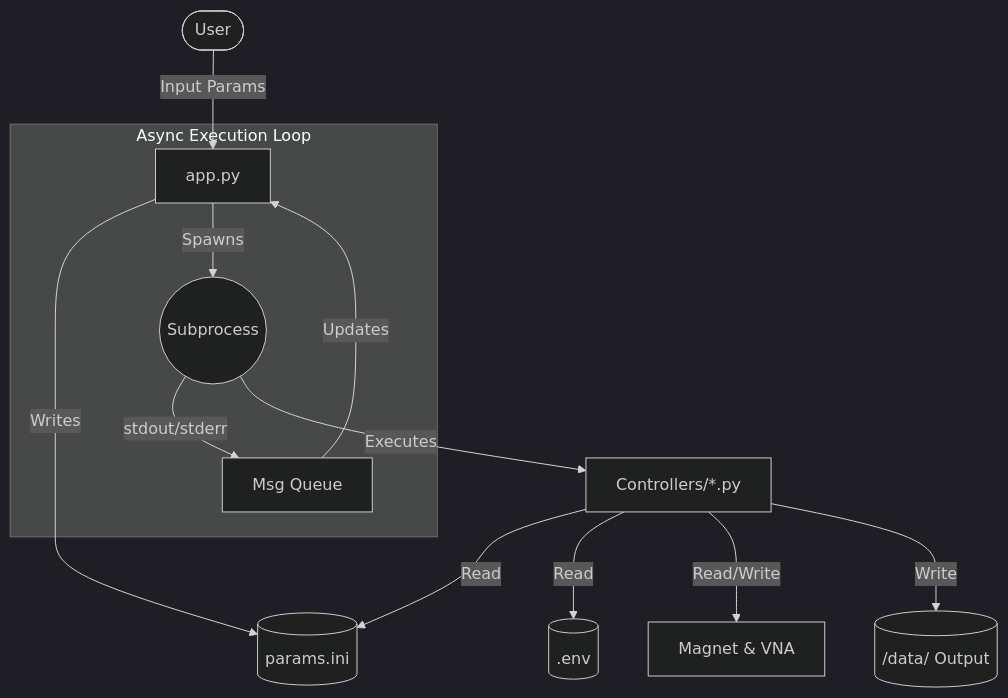
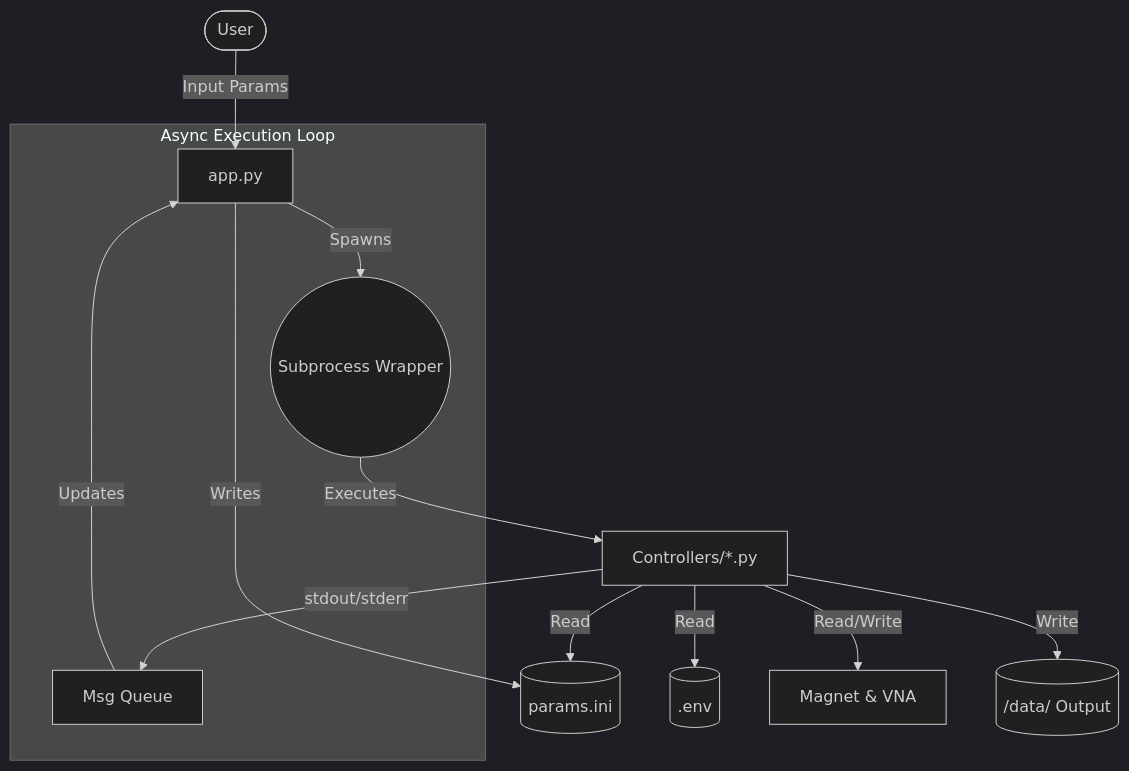
One commit to FazinHan/sweep-interface changed the diagram in controllers/README.md. Above: the diagram before and after it, drawn with Mermaid (dark theme).

Commit message:
flowchart update: stdout from controllers instead of subprocess

````diff
--- a/controllers/README.md
+++ b/controllers/README.md
@@ -19,19 +19,19 @@
 ```mermaid
 graph TD
     User([User]) -->|Input Params| GUI[app.py]
     GUI -->|Writes| Config[(params.ini)]
     
     subgraph "Async Execution Loop"
-        GUI -- Spawns --> Subprocess((Subprocess))
-        Subprocess -- stdout/stderr --> Queue[Msg Queue]
-        Queue -- Updates --> GUI
+        GUI -- Spawns --> Subprocess((Subprocess Wrapper))
+        Queue[Msg Queue] -- Updates --> GUI
     end
 
     Subprocess -->|Executes| Scripts[Controllers/*.py]
     
     Scripts -->|Read| Config
     Scripts -->|Read| Env[(.env)]
+    Scripts -- stdout/stderr --> Queue
     Scripts -->|Read/Write| Hardware[Magnet & VNA]
     Scripts -->|Write| Data[(/data/ Output)]
 
 ```
````
